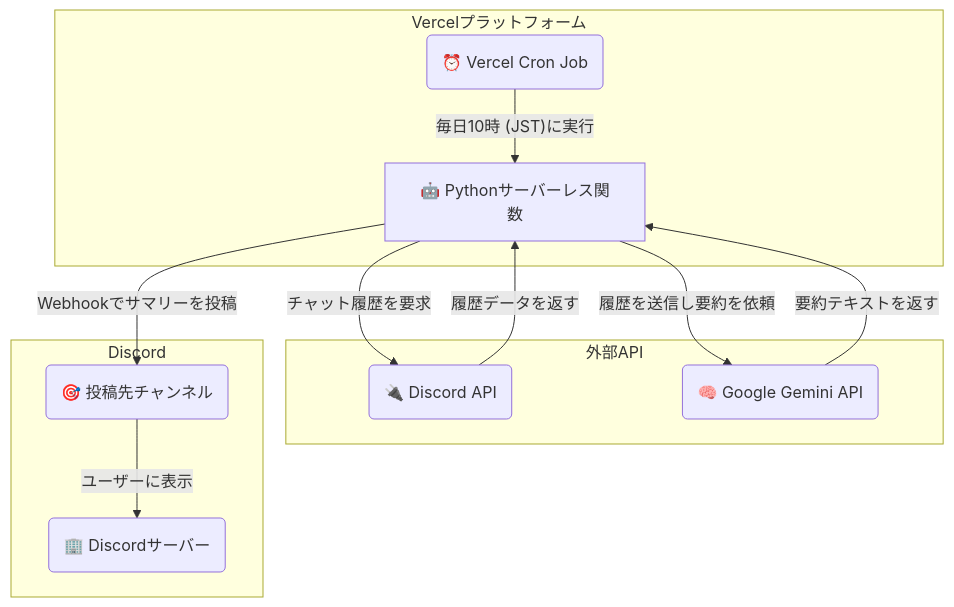
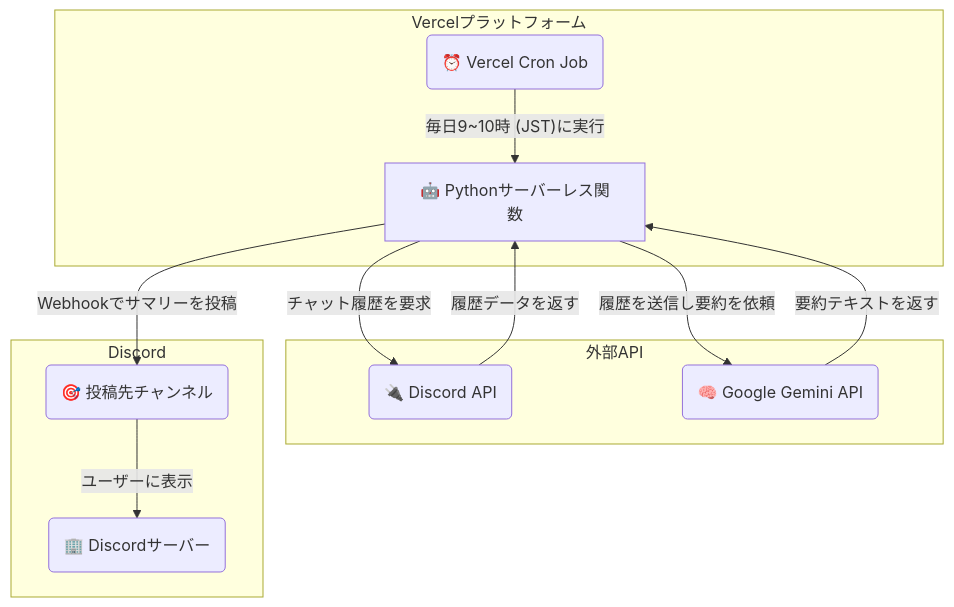
Before and after one commit to cublic-github/team-summary-bot: the diagram in README.md, drawn with Mermaid. The commit also changed other lines of this file, not shown here.

````diff
--- a/README.md
+++ b/README.md
@@ -87,26 +87,26 @@
 ```mermaid
 graph TD
     subgraph "Vercelプラットフォーム"
         Cron(⏰ Vercel Cron Job)
         ServerlessFunc[🤖 Pythonサーバーレス関数]
     end
 
     subgraph "外部API"
         DiscordAPI(🔌 Discord API)
         GeminiAPI(🧠 Google Gemini API)
     end
 
     subgraph "Discord"
         Server(🏢 Discordサーバー)
         TargetChannel(🎯 投稿先チャンネル)
     end
 
     %% フロー
-    Cron -- "毎日10時 (JST)に実行" --> ServerlessFunc
+    Cron -- "毎日9~10時 (JST)に実行" --> ServerlessFunc
     ServerlessFunc -- "チャット履歴を要求" --> DiscordAPI
     DiscordAPI -- "履歴データを返す" --> ServerlessFunc
     ServerlessFunc -- "履歴を送信し要約を依頼" --> GeminiAPI
     GeminiAPI -- "要約テキストを返す" --> ServerlessFunc
     ServerlessFunc -- "Webhookでサマリーを投稿" --> TargetChannel
     TargetChannel -- "ユーザーに表示" --> Server
 ```
````
